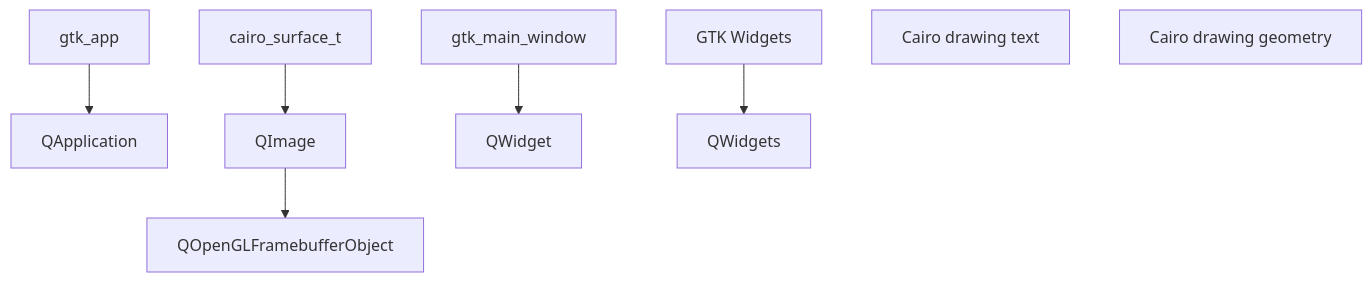
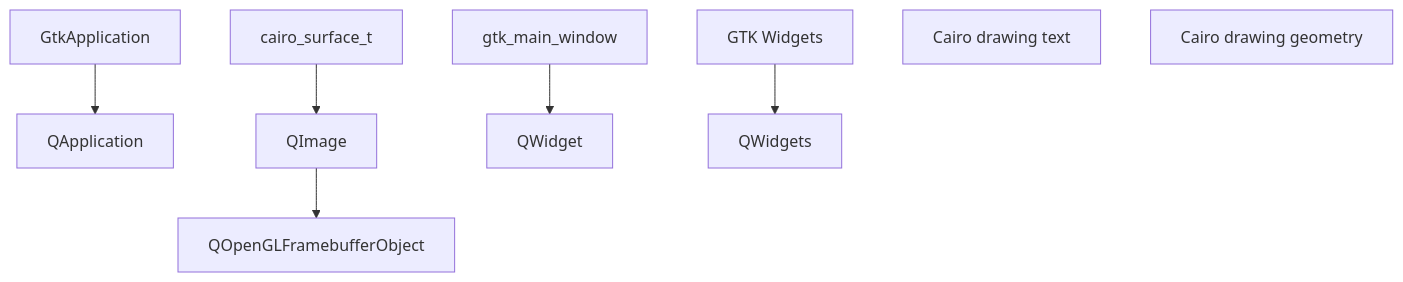
The first of 6 diagrams in doc/qtport.md (w0lek/ezgl), drawn with Mermaid before and after one commit. The commit also changed other lines of this file, not shown here.

````diff
--- a/doc/qtport.md
+++ b/doc/qtport.md
@@ -15,23 +15,23 @@
 ```mermaid
 flowchart TD
   %% gtk
-  gtk_app[gtk_app]
+  gtk_app[GtkApplication]
   gtk_window[gtk_main_window]
   cairo_surface_t[cairo_surface_t]
   gtk_widgets[GTK Widgets]
   cairo_txt[Cairo drawing text]
   cairo_geom[Cairo drawing geometry]
 
   %% qt
   qapp[QApplication]
   qimage[QImage]
   qwidget[QWidget]
   qwidgets[QWidgets]
   qfbo[QOpenGLFramebufferObject]
 
   gtk_app --> qapp
   gtk_window --> qwidget
   cairo_surface_t --> qimage
   qimage --> qfbo 
   gtk_widgets --> qwidgets
 ```
````
